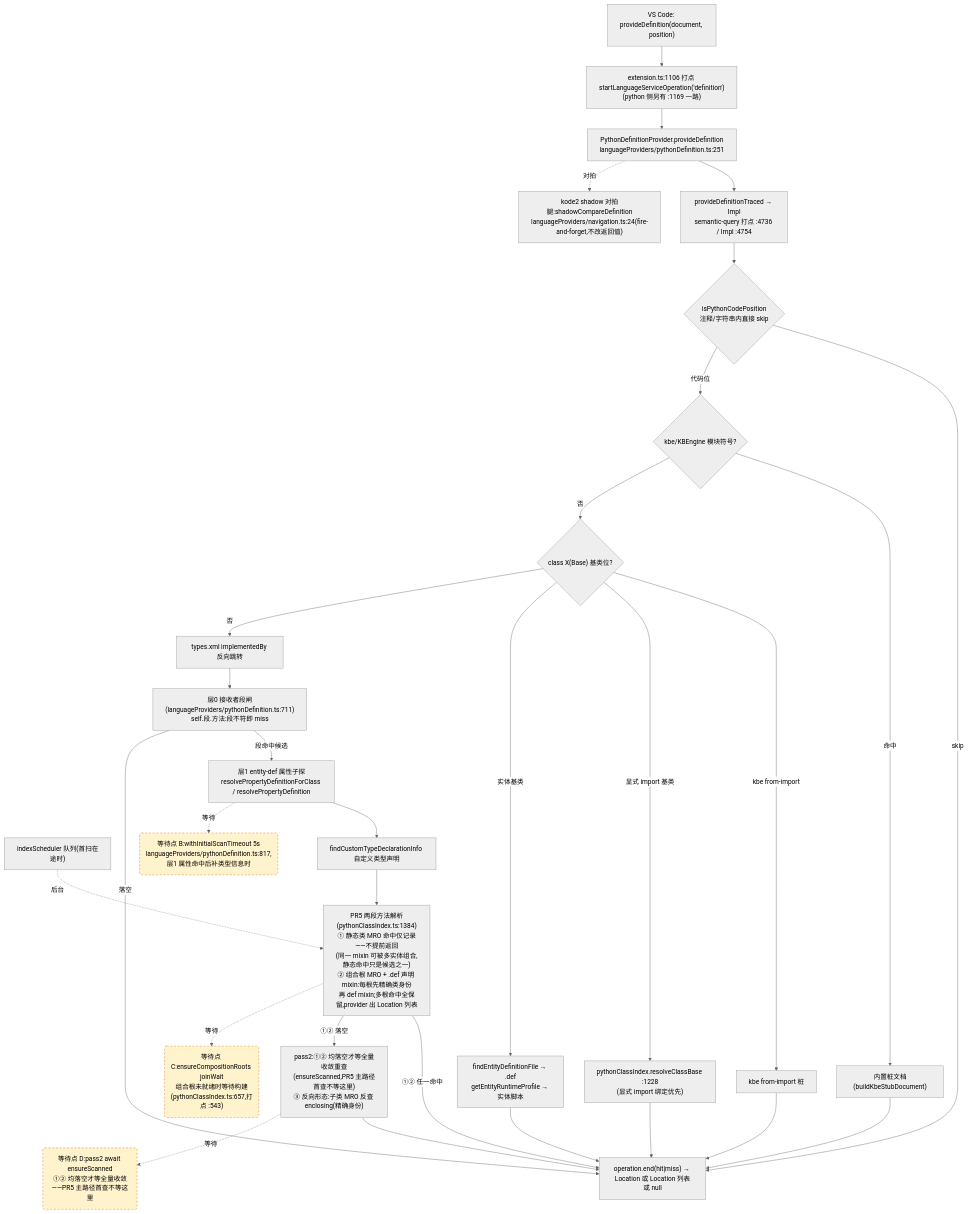
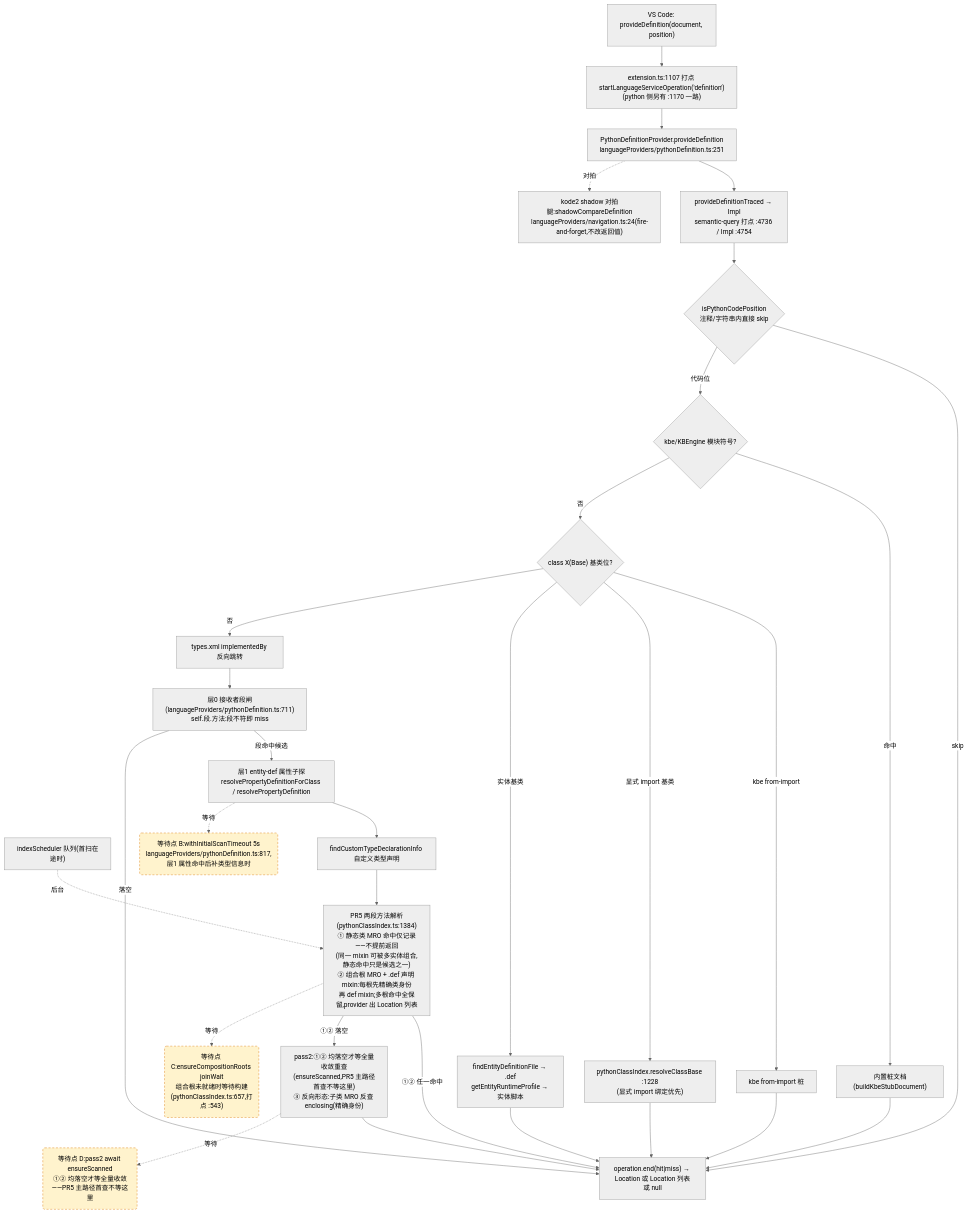
One commit to cuihairu/kode changed the second of 4 diagrams in docs/perf/2026-baseline.md. Above: the diagram before and after it, drawn with Mermaid (neutral theme). The commit also changed other lines of this file and 16 other files, not shown here.

````diff
--- a/docs/perf/2026-baseline.md
+++ b/docs/perf/2026-baseline.md
@@ -130,51 +130,51 @@
 ```mermaid
 flowchart TD
   VC2["VS Code: provideDefinition(document, position)"]
-  M2["extension.ts:1106 打点 startLanguageServiceOperation('definition')<br/>(python 侧另有 :1169 一路)"]
+  M2["extension.ts:1107 打点 startLanguageServiceOperation('definition')<br/>(python 侧另有 :1170 一路)"]
   AD2["PythonDefinitionProvider.provideDefinition<br/>languageProviders/pythonDefinition.ts:251"]
   TR["provideDefinitionTraced → Impl<br/>semantic-query 打点 :4736 / Impl :4754"]
   CTX{"isPythonCodePosition<br/>注释/字符串内直接 skip"}
   KBE{"kbe/KBEngine 模块符号?"}
   STUB["内置桩文档(buildKbeStubDocument)"]
   CB{"class X(Base) 基类位?"}
   CB1["kbe from-import 桩"]
   CB2["pythonClassIndex.resolveClassBase :1228<br/>(显式 import 绑定优先)"]
   CB3["findEntityDefinitionFile → .def<br/>getEntityRuntimeProfile → 实体脚本"]
   REV["types.xml implementedBy 反向跳转"]
   L0["层0 接收者段闸(languageProviders/pythonDefinition.ts:711)<br/>self.段.方法:段不符即 miss"]
   L1["层1 entity-def 属性子探<br/>resolvePropertyDefinitionForClass / resolvePropertyDefinition"]
   SCAN["indexScheduler 队列(首扫在途时)"]
   TY["findCustomTypeDeclarationInfo 自定义类型声明"]
   MRO["PR5 两段方法解析(pythonClassIndex.ts:1384)<br/>① 静态类 MRO 命中仅记录——不提前返回<br/>(同一 mixin 可被多实体组合,静态命中只是候选之一)<br/>② 组合根 MRO + .def 声明 mixin:每根先精确类身份<br/>再 def mixin;多根命中全保留,provider 出 Location 列表"]
   PASS2["pass2:①② 均落空才等全量收敛重查<br/>(ensureScanned,PR5 主路径首查不等这里)<br/>③ 反向形态:子类 MRO 反查 enclosing(精确身份)"]
   SHD["kode2 shadow 对拍腿:shadowCompareDefinition<br/>languageProviders/navigation.ts:24(fire-and-forget,不改返回值)"]
   END2["operation.end(hit|miss) → Location 或 Location 列表或 null"]
 
   VC2 --> M2 --> AD2 --> TR --> CTX
   CTX -- "skip" --> END2
   CTX -- "代码位" --> KBE
   KBE -- "命中" --> STUB --> END2
   KBE -- "否" --> CB
   CB -- "kbe from-import" --> CB1 --> END2
   CB -- "显式 import 基类" --> CB2 --> END2
   CB -- "实体基类" --> CB3 --> END2
   CB -- "否" --> REV --> L0
   L0 -- "段命中候选" --> L1
   L0 -- "落空" --> END2
   L1 --> TY
   TY --> MRO
   MRO -- "①② 任一命中" --> END2
   MRO -- "①② 落空" --> PASS2 --> END2
   AD2 -.->|对拍| SHD
 
   WAITB("等待点 B:withInitialScanTimeout 5s<br/>languageProviders/pythonDefinition.ts:817,层1 属性命中后补类型信息时")
   WAITC("等待点 C:ensureCompositionRoots joinWait<br/>组合根未就绪时等待构建(pythonClassIndex.ts:657,打点 :543)")
   WAITD("等待点 D:pass2 await ensureScanned<br/>①② 均落空才等全量收敛——PR5 主路径首查不等这里")
   L1 -.->|等待| WAITB
   MRO -.->|等待| WAITC
   PASS2 -.->|等待| WAITD
   SCAN -.->|后台| MRO
 
   classDef waitPoint fill:#fff3cd,stroke:#d97706,stroke-dasharray:5 4;
   class WAITB,WAITC,WAITD waitPoint;
 ```
````
